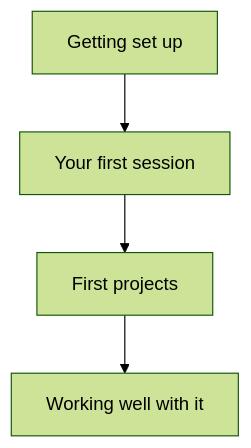
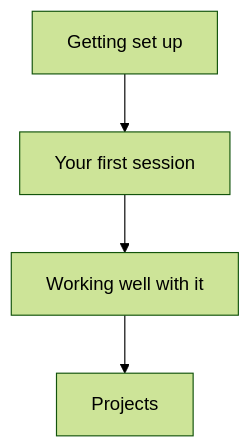
Before and after one commit to ianandersonlol/docs: the diagram in agentic-ai/claude-code/index.mdx, drawn with Mermaid (forest theme). The commit also changed other lines of this file and 6 other files, not shown here.

````diff
--- a/agentic-ai/claude-code/index.mdx
+++ b/agentic-ai/claude-code/index.mdx
@@ -15,6 +28,6 @@
 ```mermaid
 graph TD
     A[Getting set up] --> B[Your first session]
-    B --> C[First projects]
-    C --> D[Working well with it]
+    B --> C[Working well with it]
+    C --> D[Projects]
 ```
````
